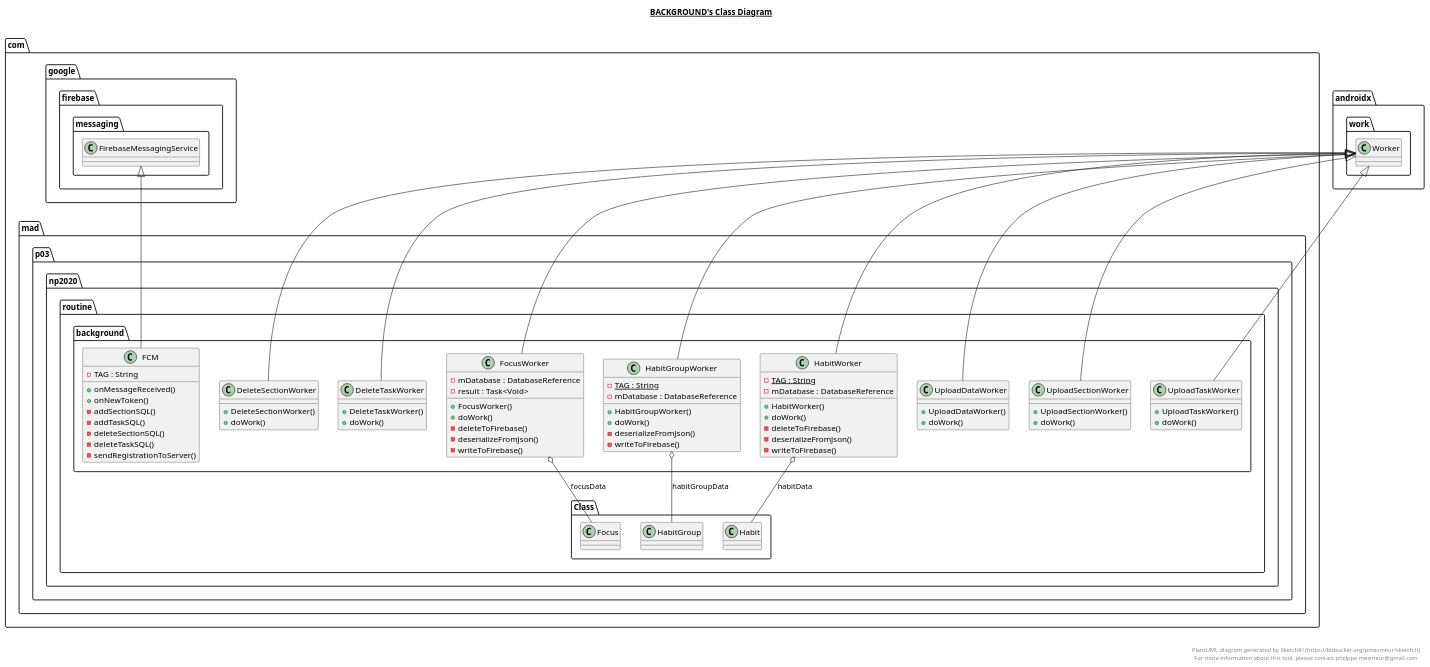
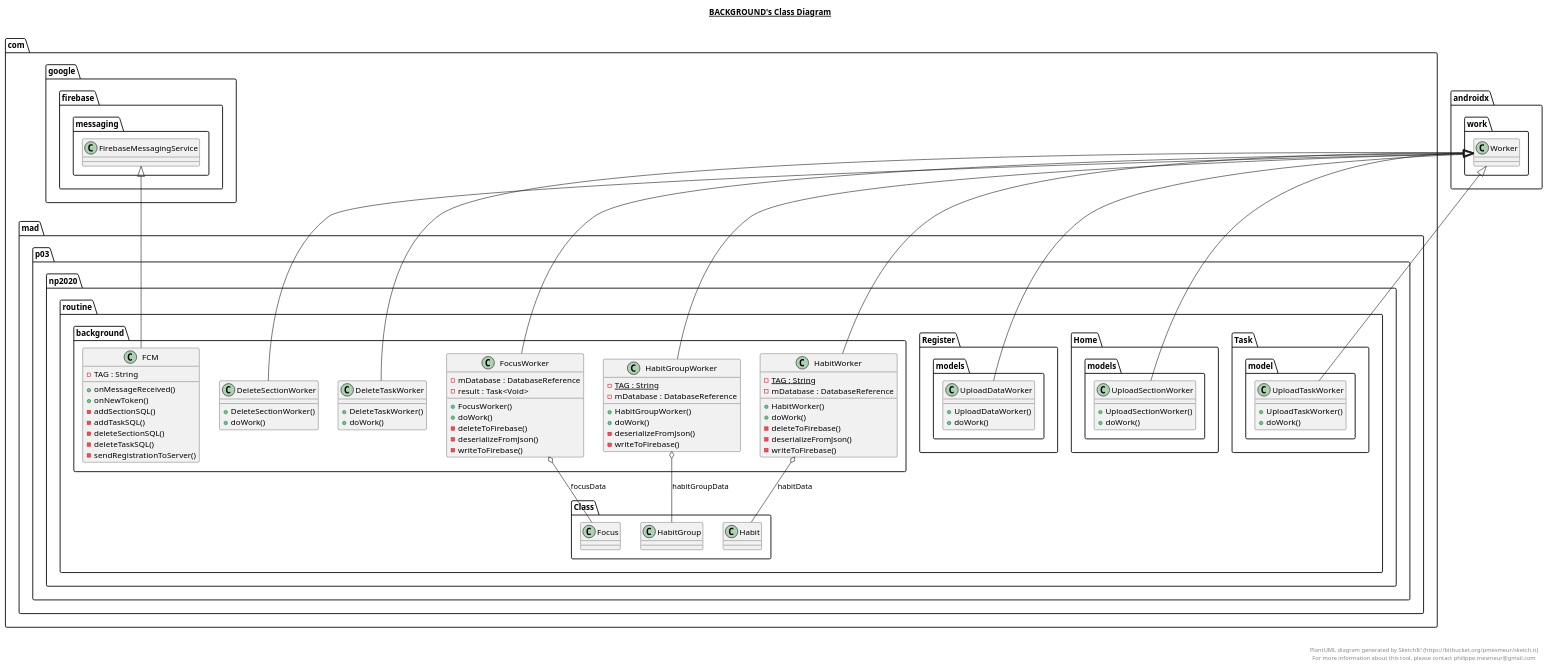
One commit to AppDevIn/Routine changed the diagram in app/src/main/java/com/mad/p03/np2020/routine/background/background.plantuml. Above: the diagram before and after it, drawn with PlantUML. The commit also changed 111 other files, not shown here.

Commit message:
Restructure of files for register, task and section

```diff
--- a/app/src/main/java/com/mad/p03/np2020/routine/background/background.plantuml
+++ b/app/src/main/java/com/mad/p03/np2020/routine/background/background.plantuml
@@ -1,136 +1,136 @@
 @startuml
 
 title __BACKGROUND's Class Diagram__\n
 
   namespace com.mad.p03.np2020.routine {
     namespace background {
       class com.mad.p03.np2020.routine.background.DeleteSectionWorker {
           + DeleteSectionWorker()
           + doWork()
       }
     }
   }
   
 
   namespace com.mad.p03.np2020.routine {
     namespace background {
       class com.mad.p03.np2020.routine.background.DeleteTaskWorker {
           + DeleteTaskWorker()
           + doWork()
       }
     }
   }
   
 
   namespace com.mad.p03.np2020.routine {
     namespace background {
       class com.mad.p03.np2020.routine.background.FCM {
           - TAG : String
           + onMessageReceived()
           + onNewToken()
           - addSectionSQL()
           - addTaskSQL()
           - deleteSectionSQL()
           - deleteTaskSQL()
           - sendRegistrationToServer()
       }
     }
   }
   
 
   namespace com.mad.p03.np2020.routine {
     namespace background {
       class com.mad.p03.np2020.routine.background.FocusWorker {
           - mDatabase : DatabaseReference
           - result : Task<Void>
           + FocusWorker()
           + doWork()
           - deleteToFirebase()
           - deserializeFromJson()
           - writeToFirebase()
       }
     }
   }
   
 
   namespace com.mad.p03.np2020.routine {
     namespace background {
       class com.mad.p03.np2020.routine.background.HabitGroupWorker {
           {static} - TAG : String
           - mDatabase : DatabaseReference
           + HabitGroupWorker()
           + doWork()
           - deserializeFromJson()
           - writeToFirebase()
       }
     }
   }
   
 
   namespace com.mad.p03.np2020.routine {
     namespace background {
       class com.mad.p03.np2020.routine.background.HabitWorker {
           {static} - TAG : String
           - mDatabase : DatabaseReference
           + HabitWorker()
           + doWork()
           - deleteToFirebase()
           - deserializeFromJson()
           - writeToFirebase()
       }
     }
   }
   
 
   namespace com.mad.p03.np2020.routine {
     namespace background {
-      class com.mad.p03.np2020.routine.background.UploadDataWorker {
+      class com.mad.p03.np2020.routine.Register.models.UploadDataWorker {
           + UploadDataWorker()
           + doWork()
       }
     }
   }
   
 
   namespace com.mad.p03.np2020.routine {
     namespace background {
-      class com.mad.p03.np2020.routine.background.UploadSectionWorker {
+      class com.mad.p03.np2020.routine.Home.models.UploadSectionWorker {
           + UploadSectionWorker()
           + doWork()
       }
     }
   }
   
 
   namespace com.mad.p03.np2020.routine {
     namespace background {
-      class com.mad.p03.np2020.routine.background.UploadTaskWorker {
+      class com.mad.p03.np2020.routine.Task.model.UploadTaskWorker {
           + UploadTaskWorker()
           + doWork()
       }
     }
   }
   
 
   com.mad.p03.np2020.routine.background.DeleteSectionWorker -up-|> androidx.work.Worker
   com.mad.p03.np2020.routine.background.DeleteTaskWorker -up-|> androidx.work.Worker
   com.mad.p03.np2020.routine.background.FCM -up-|> com.google.firebase.messaging.FirebaseMessagingService
   com.mad.p03.np2020.routine.background.FocusWorker -up-|> androidx.work.Worker
   com.mad.p03.np2020.routine.background.FocusWorker o-- com.mad.p03.np2020.routine.Class.Focus : focusData
   com.mad.p03.np2020.routine.background.HabitGroupWorker -up-|> androidx.work.Worker
   com.mad.p03.np2020.routine.background.HabitGroupWorker o-- com.mad.p03.np2020.routine.Class.HabitGroup : habitGroupData
   com.mad.p03.np2020.routine.background.HabitWorker -up-|> androidx.work.Worker
   com.mad.p03.np2020.routine.background.HabitWorker o-- com.mad.p03.np2020.routine.Class.Habit : habitData
-  com.mad.p03.np2020.routine.background.UploadDataWorker -up-|> androidx.work.Worker
-  com.mad.p03.np2020.routine.background.UploadSectionWorker -up-|> androidx.work.Worker
-  com.mad.p03.np2020.routine.background.UploadTaskWorker -up-|> androidx.work.Worker
+  com.mad.p03.np2020.routine.Register.models.UploadDataWorker -up-|> androidx.work.Worker
+  com.mad.p03.np2020.routine.Home.models.UploadSectionWorker -up-|> androidx.work.Worker
+  com.mad.p03.np2020.routine.Task.model.UploadTaskWorker -up-|> androidx.work.Worker
 
 
 right footer
 
 
 PlantUML diagram generated by SketchIt! (https://bitbucket.org/pmesmeur/sketch.it)
 For more information about this tool, please contact philippe.mesmeur@gmail.com
 endfooter
 
 @enduml
```
